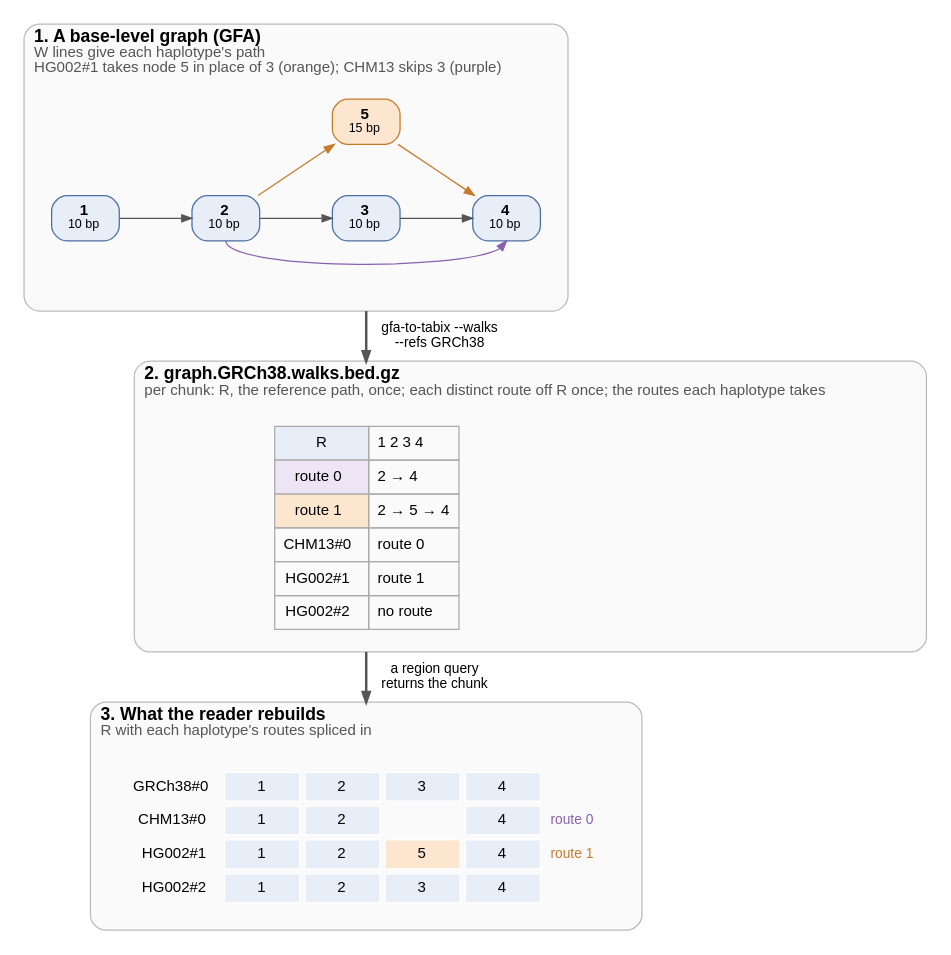
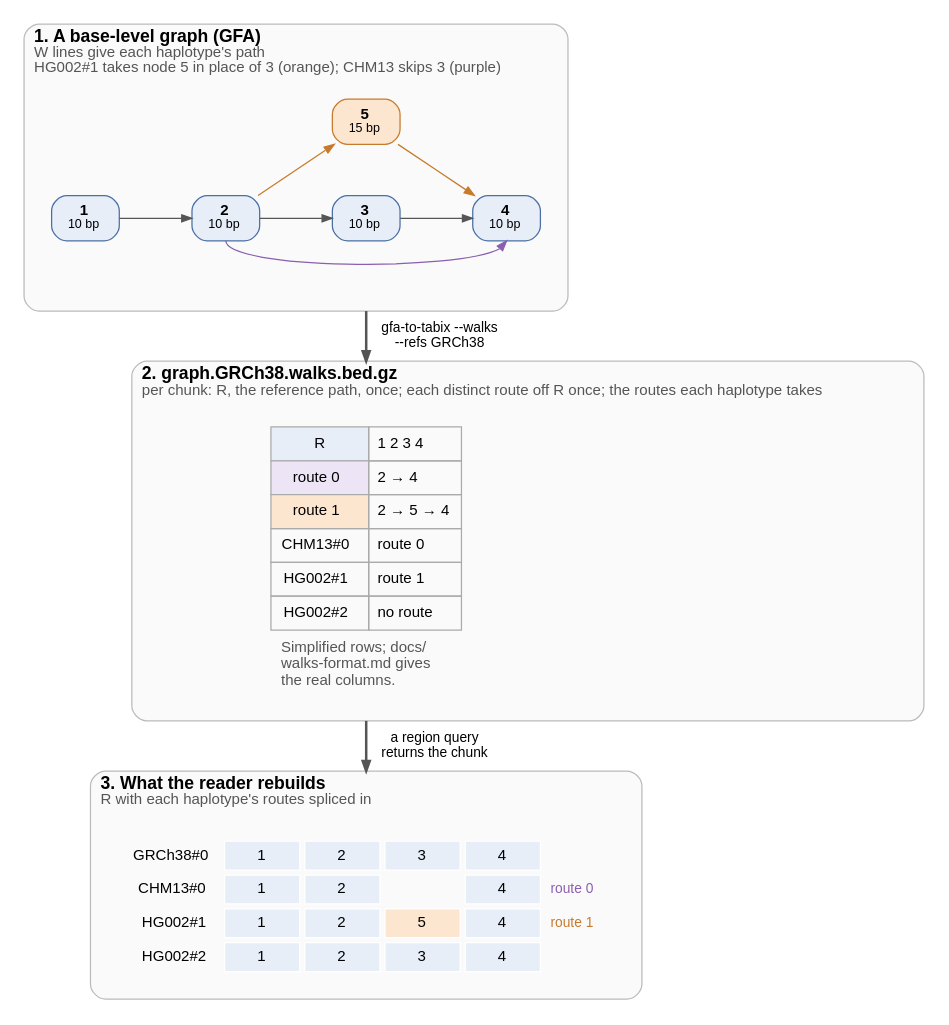
Before and after one commit to GMOD/gfa-to-tabix: the diagram in docs/figures/walks.dot, drawn with Graphviz. The commit also changed 4 other files, not shown here.

First line of the commit message:
README figures: label the walks table simplified, shorten a caption

```diff
--- a/docs/figures/walks.dot
+++ b/docs/figures/walks.dot
@@ -1,69 +1,70 @@
 // scripts/figures.py fills the marked rows from the tool's output and draws this figure
 digraph walks {
   bgcolor="white"
   fontname="Helvetica"
   newrank=true
   compound=true
   nodesep=0.4
   ranksep=0.55
   node [fontname="Helvetica", fontsize=12, shape=box, style="filled,rounded", fillcolor="#e8eef7", color="#4a6fa5", margin="0.15,0.06"]
   edge [fontname="Helvetica", fontsize=11, color="#555555", arrowsize=0.8]
 
   subgraph {
     graph [labeljust=l, fontsize=14, color="#bbbbbb", style="rounded,filled", fillcolor="#fafafa", margin=14]
 
     subgraph cluster_graph {
       label=<<B>1. A base-level graph (GFA)</B><BR ALIGN="LEFT"/><FONT POINT-SIZE="12" COLOR="#555555">W lines give each haplotype's path</FONT><BR ALIGN="LEFT"/><FONT POINT-SIZE="12" COLOR="#555555">HG002#1 takes node 5 in place of 3 (orange); CHM13 skips 3 (purple)</FONT><BR ALIGN="LEFT"/>>
       // begin graph
       n1 [label=<<B>1</B><BR/><FONT POINT-SIZE="10">10 bp</FONT>>]
       n2 [label=<<B>2</B><BR/><FONT POINT-SIZE="10">10 bp</FONT>>]
       n3 [label=<<B>3</B><BR/><FONT POINT-SIZE="10">10 bp</FONT>>]
       n4 [label=<<B>4</B><BR/><FONT POINT-SIZE="10">10 bp</FONT>>]
       n5 [label=<<B>5</B><BR/><FONT POINT-SIZE="10">15 bp</FONT>>, fillcolor="#fde6cf", color="#c77a2b"]
       {rank=same; n1; n2; n3; n4}
       n1 -> n2 [weight=20]
       n2 -> n3 [weight=20]
       n3 -> n4 [weight=20]
       n2 -> n5 [color="#c77a2b", constraint=false]
       n5 -> n4 [color="#c77a2b", constraint=false]
       n2:s -> n4:s [color="#8a5fb0", constraint=false]
       n5 -> n3 [style=invis, weight=20]
       nbelow [style=invis, label="", width=0, height=0]
       n3 -> nbelow [style=invis]
       // end graph
     }
 
     subgraph cluster_file {
       label=<<B>2. graph.GRCh38.walks.bed.gz</B><BR ALIGN="LEFT"/><FONT POINT-SIZE="12" COLOR="#555555">per chunk: R, the reference path, once; each distinct route off R once; the routes each haplotype takes</FONT><BR ALIGN="LEFT"/>>
       rows [shape=plaintext, style="", label=<
-        <TABLE BORDER="0" CELLBORDER="1" CELLSPACING="0" CELLPADDING="6" COLOR="#aaaaaa">
+        <TABLE BORDER="0" CELLBORDER="0" CELLSPACING="0" CELLPADDING="0"><TR><TD><TABLE BORDER="0" CELLBORDER="1" CELLSPACING="0" CELLPADDING="6" COLOR="#aaaaaa">
           <!-- begin rows -->
           <TR><TD BGCOLOR="#e8eef7">R</TD><TD ALIGN="LEFT">1 2 3 4</TD></TR>
           <TR><TD BGCOLOR="#ede4f5">route 0</TD><TD ALIGN="LEFT">2 → 4</TD></TR>
           <TR><TD BGCOLOR="#fde6cf">route 1</TD><TD ALIGN="LEFT">2 → 5 → 4</TD></TR>
           <TR><TD>CHM13#0</TD><TD ALIGN="LEFT">route 0</TD></TR>
           <TR><TD>HG002#1</TD><TD ALIGN="LEFT">route 1</TD></TR>
           <TR><TD>HG002#2</TD><TD ALIGN="LEFT">no route</TD></TR>
           <!-- end rows -->
-        </TABLE>>]
+        </TABLE></TD></TR>
+        <TR><TD CELLPADDING="8" ALIGN="LEFT" BALIGN="LEFT"><FONT POINT-SIZE="12" COLOR="#555555">Simplified rows; docs/<BR/>walks-format.md gives<BR/>the real columns.</FONT></TD></TR></TABLE>>]
     }
 
     subgraph cluster_rebuilt {
       label=<<B>3. What the reader rebuilds</B><BR ALIGN="LEFT"/><FONT POINT-SIZE="12" COLOR="#555555">R with each haplotype's routes spliced in</FONT><BR ALIGN="LEFT"/>>
       rebuilt [shape=plaintext, style="", label=<
         <TABLE BORDER="0" CELLBORDER="1" CELLSPACING="4" CELLPADDING="4" COLOR="#ffffff">
           <!-- begin rebuilt -->
           <TR><TD BORDER="0" ALIGN="RIGHT">GRCh38#0</TD><TD WIDTH="60" BGCOLOR="#e8eef7">1</TD><TD WIDTH="60" BGCOLOR="#e8eef7">2</TD><TD WIDTH="60" BGCOLOR="#e8eef7">3</TD><TD WIDTH="60" BGCOLOR="#e8eef7">4</TD><TD BORDER="0" ALIGN="LEFT"></TD></TR>
           <TR><TD BORDER="0" ALIGN="RIGHT">CHM13#0</TD><TD BGCOLOR="#e8eef7">1</TD><TD BGCOLOR="#e8eef7">2</TD><TD BORDER="0"></TD><TD BGCOLOR="#e8eef7">4</TD><TD BORDER="0" ALIGN="LEFT"><FONT POINT-SIZE="11" COLOR="#8a5fb0">route 0</FONT></TD></TR>
           <TR><TD BORDER="0" ALIGN="RIGHT">HG002#1</TD><TD BGCOLOR="#e8eef7">1</TD><TD BGCOLOR="#e8eef7">2</TD><TD BGCOLOR="#fde6cf">5</TD><TD BGCOLOR="#e8eef7">4</TD><TD BORDER="0" ALIGN="LEFT"><FONT POINT-SIZE="11" COLOR="#c77a2b">route 1</FONT></TD></TR>
           <TR><TD BORDER="0" ALIGN="RIGHT">HG002#2</TD><TD BGCOLOR="#e8eef7">1</TD><TD BGCOLOR="#e8eef7">2</TD><TD BGCOLOR="#e8eef7">3</TD><TD BGCOLOR="#e8eef7">4</TD><TD BORDER="0" ALIGN="LEFT"></TD></TR>
           <!-- end rebuilt -->
         </TABLE>>]
     }
   }
 
   // begin arrows
   nbelow -> rows [ltail=cluster_graph, lhead=cluster_file, label="  gfa-to-tabix --walks\n  --refs GRCh38", penwidth=2]
   rows -> rebuilt [ltail=cluster_file, lhead=cluster_rebuilt, label="  a region query\n  returns the chunk", penwidth=2]
   // end arrows
 }
```
